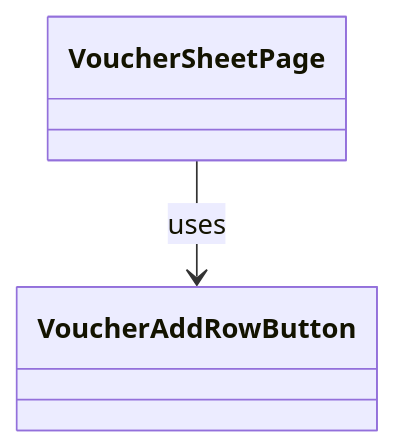
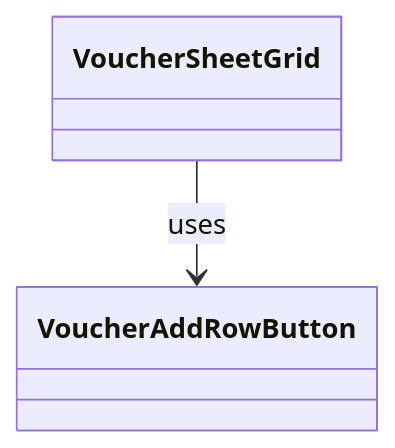
Before and after one commit to MinamiyamaKotaro/m3_pad: the diagram in docs/design/lib/src/features/voucher/presentation/widgets/voucher_add_row_button.md, drawn with Mermaid. The commit also changed other lines of this file and 21 other files, not shown here.

````diff
--- a/docs/design/lib/src/features/voucher/presentation/widgets/voucher_add_row_button.md
+++ b/docs/design/lib/src/features/voucher/presentation/widgets/voucher_add_row_button.md
@@ -13,4 +14,4 @@
 ```mermaid
 classDiagram
-    VoucherSheetPage --> VoucherAddRowButton : uses
+    VoucherSheetGrid --> VoucherAddRowButton : uses
 ```
````
